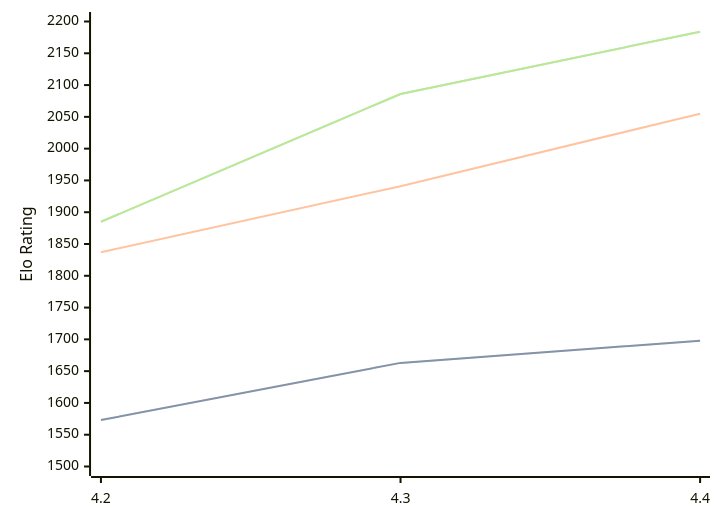
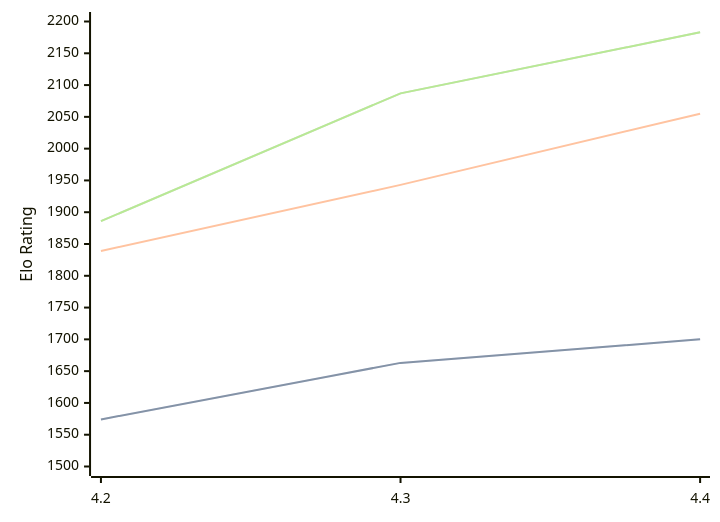
Before and after one commit to computer-chess-index/cci: the diagram in engines/Radiance.md, drawn with Mermaid. The commit also changed other lines of this file, not shown here.

Commit message:
Update CCI Ratings (ELO VLTC) - 2026-07-24

````diff
--- a/engines/Radiance.md
+++ b/engines/Radiance.md
@@ -36,11 +36,11 @@
 ```mermaid
 %%{init: {"theme":"base","themeVariables":{"seriesColors:['#a3a3a3','#222221','#faa371']}}}%%
 xychart-beta
   x-axis ["4.2", "4.3", "4.4"]
   y-axis "Elo Rating" 1500 --> 2200
-  line "STC (8.0+0.08s)" [1573, 1663, 1698]
-  line "STC (8.0+0.08s)" [1573, 1663, 1698]
-  line "LTC (60.0+0.60s)" [1837, 1941, 2055]
-  line "VLTC (2m24s+1.12s)" [1885, 2086, 2184]
-  line "VLTC (2m24s+1.12s)" [1885, 2086, 2184]
+  line "STC (8.0+0.08s)" [1574, 1663, 1700]
+  line "STC (8.0+0.08s)" [1574, 1663, 1700]
+  line "LTC (60.0+0.60s)" [1839, 1943, 2055]
+  line "VLTC (2m24s+1.12s)" [1886, 2087, 2183]
+  line "VLTC (2m24s+1.12s)" [1886, 2087, 2183]
 ```
````
